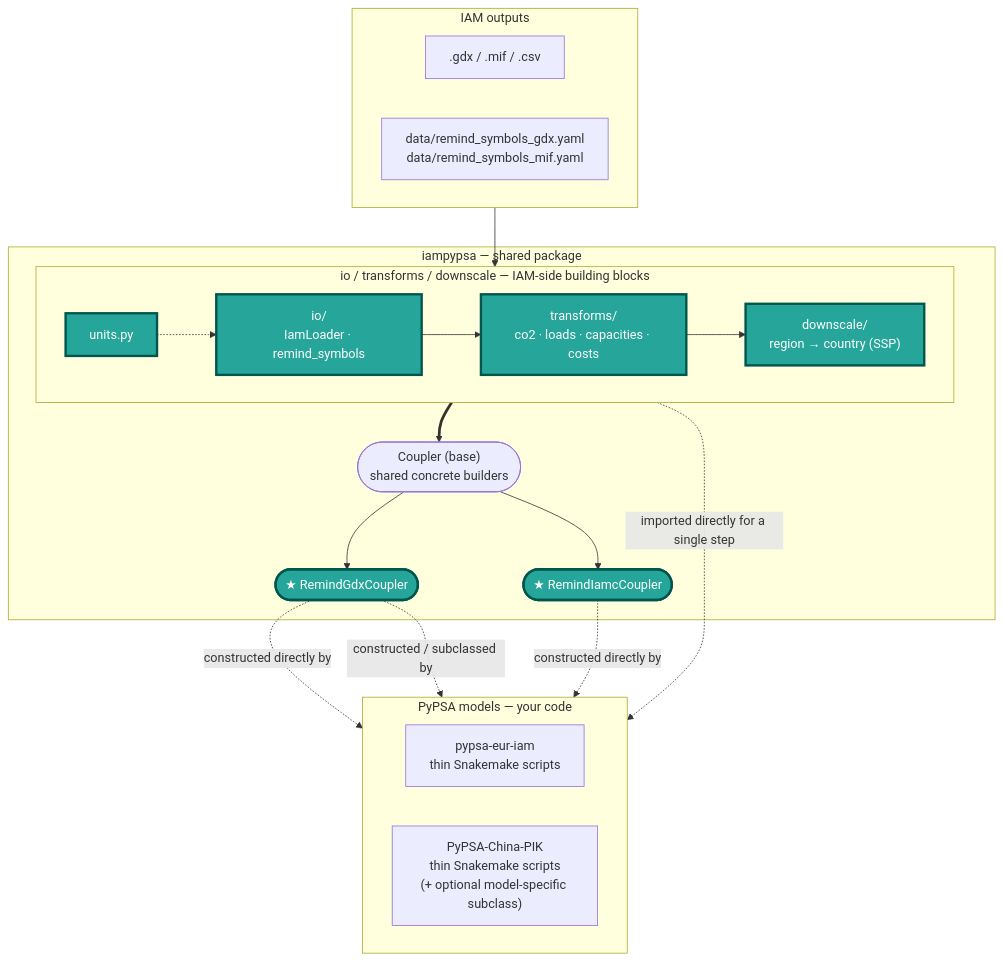
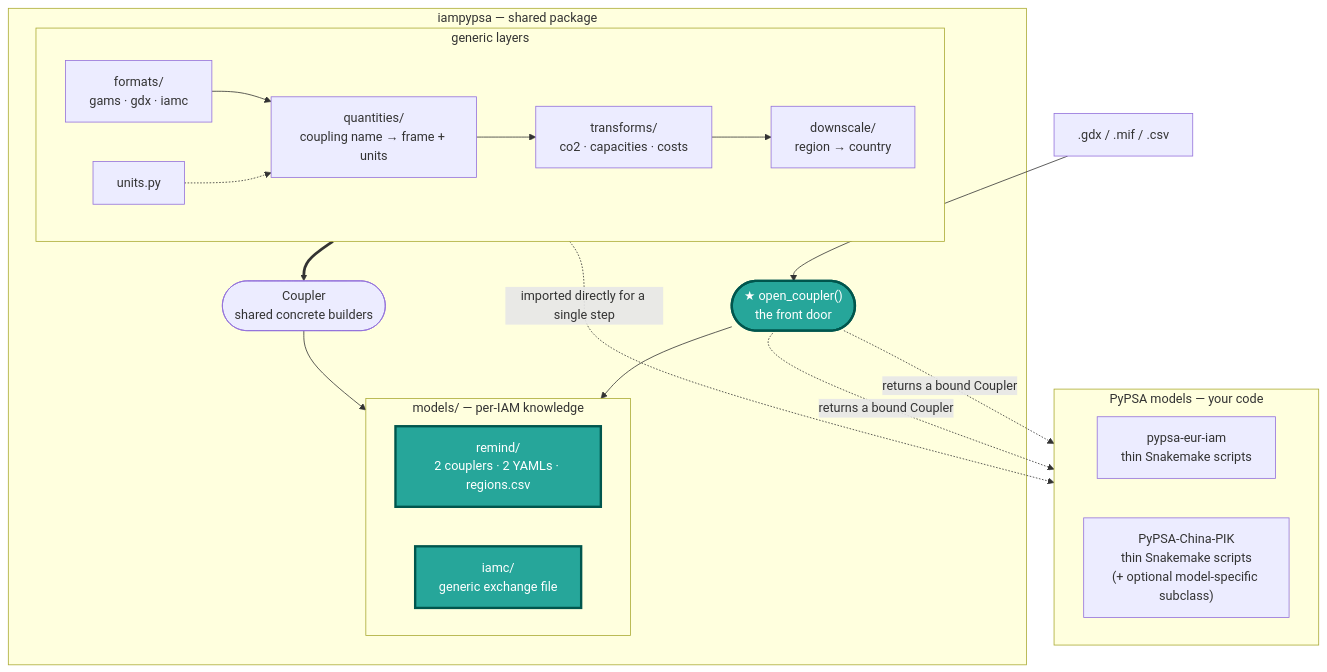
One commit to pik-piam/Remind-PyPSA-coupling changed the diagram in docs/architecture.md. Above: the diagram before and after it, drawn with Mermaid. The commit also changed other lines of this file and 7 other files, not shown here.

First line of the commit message:
docs: rewrite architecture for the new tree and add an 'Adding a new IAM' page

````diff
--- a/docs/architecture.md
+++ b/docs/architecture.md
@@ -21,37 +24,36 @@
 ```mermaid
 flowchart TB
-    subgraph inputs["IAM outputs"]
-        direction LR
-        src[".gdx / .mif / .csv"]
-        cfg["data/remind_symbols_gdx.yaml<br/>data/remind_symbols_mif.yaml"]
+    src[".gdx / .mif / .csv"]
+
+    subgraph pkg["iampypsa — shared package"]
+        facade(["★ open_coupler()<br/>the front door"])
+        subgraph building_blocks["generic layers"]
+            direction LR
+            fmt["formats/<br/>gams · gdx · iamc"] --> qty["quantities/<br/>coupling name → frame + units"] --> tf["transforms/<br/>co2 · capacities · costs"] --> ds["downscale/<br/>region → country"]
+            units["units.py"] -.-> qty
+        end
+        subgraph mdl["models/ — per-IAM knowledge"]
+            direction LR
+            remind["remind/<br/>2 couplers · 2 YAMLs · regions.csv"]
+            iamc_m["iamc/<br/>generic exchange file"]
+        end
+        base(["Coupler<br/>shared concrete builders"])
+        building_blocks ==> base
+        base --> mdl
+        facade --> mdl
     end
 
-    subgraph pkg["iampypsa — shared package"]
-        subgraph building_blocks["io / transforms / downscale — IAM-side building blocks"]
-            direction LR
-            io["io/<br/>IamLoader · remind_symbols"] --> tf["transforms/<br/>co2 · loads · capacities · costs"] --> ds["downscale/<br/>region → country (SSP)"]
-            units["units.py"] -.-> io
-        end
-        base(["Coupler (base)<br/>shared concrete builders"])
-        gdx(["★ RemindGdxCoupler"])
-        iamc(["★ RemindIamcCoupler"])
-        building_blocks ==> base
-        base --> gdx
-        base --> iamc
-    end
-
-    subgraph models["PyPSA models — your code"]
+    subgraph consumers["PyPSA models — your code"]
         direction LR
         eur["pypsa-eur-iam<br/>thin Snakemake scripts"]
         chn["PyPSA-China-PIK<br/>thin Snakemake scripts<br/>(+ optional model-specific subclass)"]
     end
 
-    inputs --> building_blocks
-    gdx -.->|constructed directly by| eur
-    iamc -.->|constructed directly by| eur
-    gdx -.->|constructed / subclassed by| chn
+    src --> facade
+    facade -.->|returns a bound Coupler| eur
+    facade -.->|returns a bound Coupler| chn
     building_blocks -.->|imported directly for a single step| eur
 
     classDef pub fill:#26a69a,stroke:#00564d,color:#ffffff,stroke-width:3px;
-    class gdx,iamc,io,tf,ds,units pub
+    class facade,remind,iamc_m pub
 ```
````
